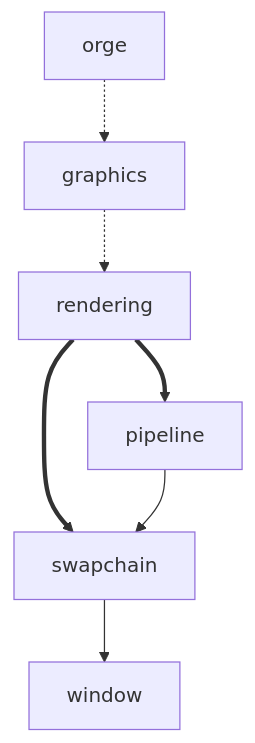
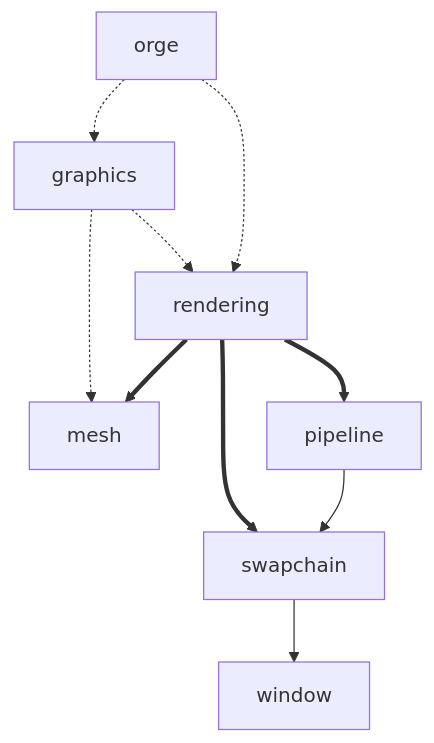
One commit to Tengu712/orge changed the diagram in docs/ARCHITECTURE.md. Above: the diagram before and after it, drawn with Mermaid. The commit also changed 17 other files, not shown here.

````diff
--- a/docs/ARCHITECTURE.md
+++ b/docs/ARCHITECTURE.md
@@ -5,9 +5,12 @@
 ```mermaid
 graph TD
     orge -.-> graphics
     graphics -.-> rendering
+    orge -.-> rendering
+    graphics -.-> mesh
     rendering ==> swapchain
     rendering ==> pipeline
+    rendering ==> mesh
     swapchain --> window
     pipeline --> swapchain
 ```
````
